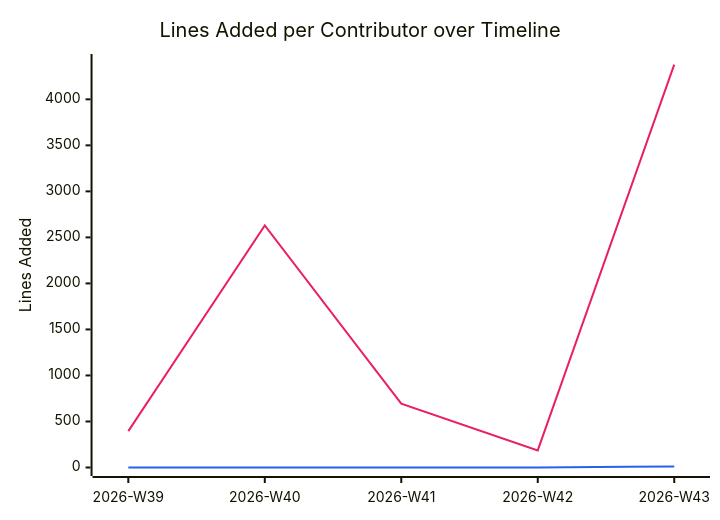
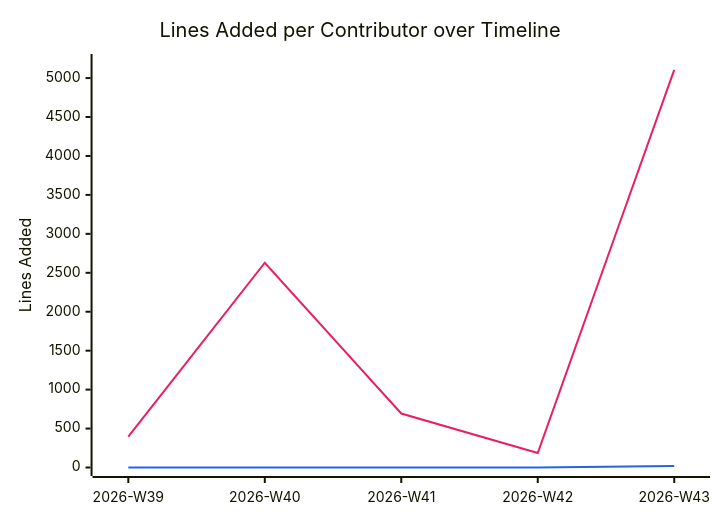
Before and after one commit to BeyondMagic/wisp: the diagram in documentation/snippets/management/code-additions.mmd, drawn with Mermaid. The commit also changed 2 other files, not shown here.

```diff
--- a/documentation/snippets/management/code-additions.mmd
+++ b/documentation/snippets/management/code-additions.mmd
@@ -1,7 +1,7 @@
 %%{init: {"themeVariables": {"xyChart": {"plotColorPalette": "#e91e63, #2563eb"}}}}%%
 xychart-beta
     title "Lines Added per Contributor over Timeline"
     x-axis ["2026-W39", "2026-W40", "2026-W41", "2026-W42", "2026-W43"]
-    y-axis "Lines Added" 0 --> 4400
-    line [395, 2629, 693, 186, 4377]
-    line [0, 0, 0, 0, 12]
+    y-axis "Lines Added" 0 --> 5200
+    line [395, 2629, 693, 186, 5106]
+    line [0, 0, 0, 0, 19]
```
